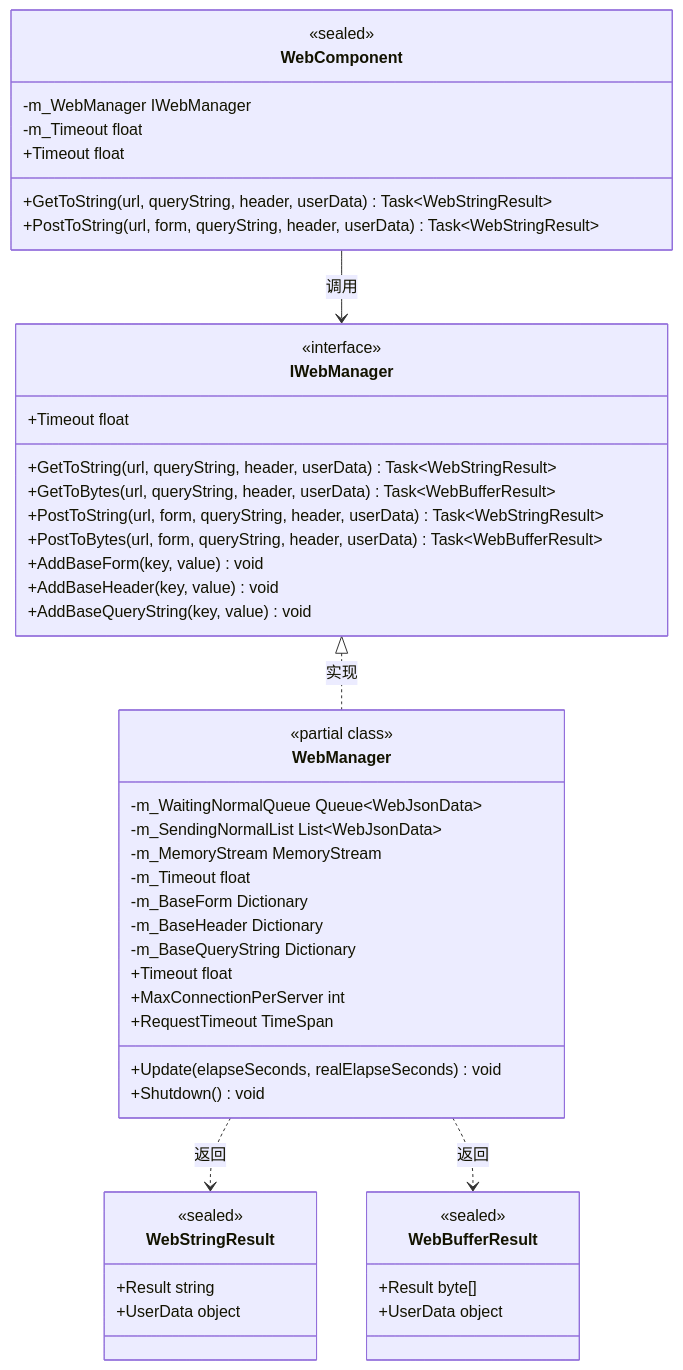
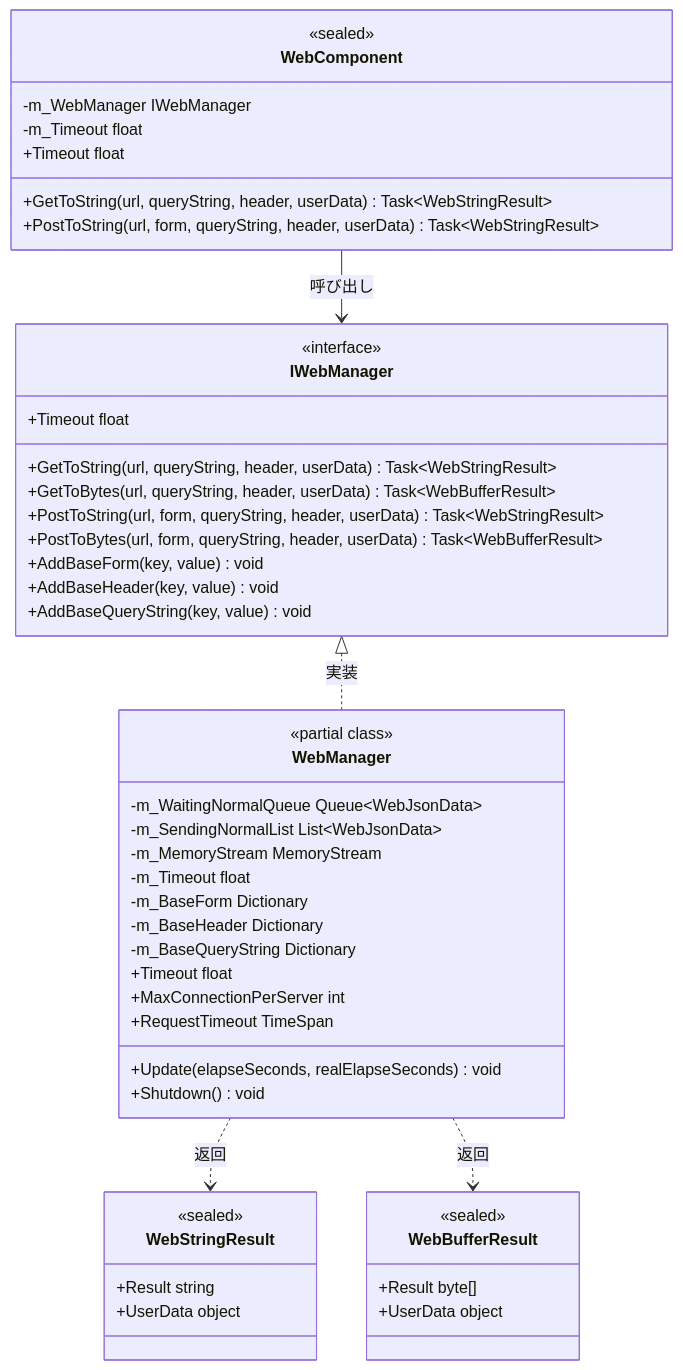
Before and after one commit to AlianBlank/GameFrameX.Docs: the second of 3 diagrams in docs/ja/client/unity/component/web/01.overview.md, drawn with Mermaid. The commit also changed other lines of this file and 603 other files, not shown here.

````diff
--- a/docs/ja/client/unity/component/web/01.overview.md
+++ b/docs/ja/client/unity/component/web/01.overview.md
@@ -86,56 +86,56 @@
 ```mermaid
 classDiagram
     class IWebManager {
         <<interface>>
         +GetToString(url, queryString, header, userData) Task~WebStringResult~
         +GetToBytes(url, queryString, header, userData) Task~WebBufferResult~
         +PostToString(url, form, queryString, header, userData) Task~WebStringResult~
         +PostToBytes(url, form, queryString, header, userData) Task~WebBufferResult~
         +Timeout float
         +AddBaseForm(key, value) void
         +AddBaseHeader(key, value) void
         +AddBaseQueryString(key, value) void
     }
 
     class WebManager {
         <<partial class>>
         -m_WaitingNormalQueue Queue~WebJsonData~
         -m_SendingNormalList List~WebJsonData~
         -m_MemoryStream MemoryStream
         -m_Timeout float
         -m_BaseForm Dictionary
         -m_BaseHeader Dictionary
         -m_BaseQueryString Dictionary
         +Timeout float
         +MaxConnectionPerServer int
         +RequestTimeout TimeSpan
         +Update(elapseSeconds, realElapseSeconds) void
         +Shutdown() void
     }
 
     class WebComponent {
         <<sealed>>
         -m_WebManager IWebManager
         -m_Timeout float
         +Timeout float
         +GetToString(url, queryString, header, userData) Task~WebStringResult~
         +PostToString(url, form, queryString, header, userData) Task~WebStringResult~
     }
 
     class WebStringResult {
         <<sealed>>
         +Result string
         +UserData object
     }
 
     class WebBufferResult {
         <<sealed>>
         +Result byte[]
         +UserData object
     }
 
-    IWebManager <|.. WebManager : 实现
-    WebComponent --> IWebManager : 调用
+    IWebManager <|.. WebManager : 実装
+    WebComponent --> IWebManager : 呼び出し
     WebManager ..> WebStringResult : 返回
     WebManager ..> WebBufferResult : 返回
 ```
````
